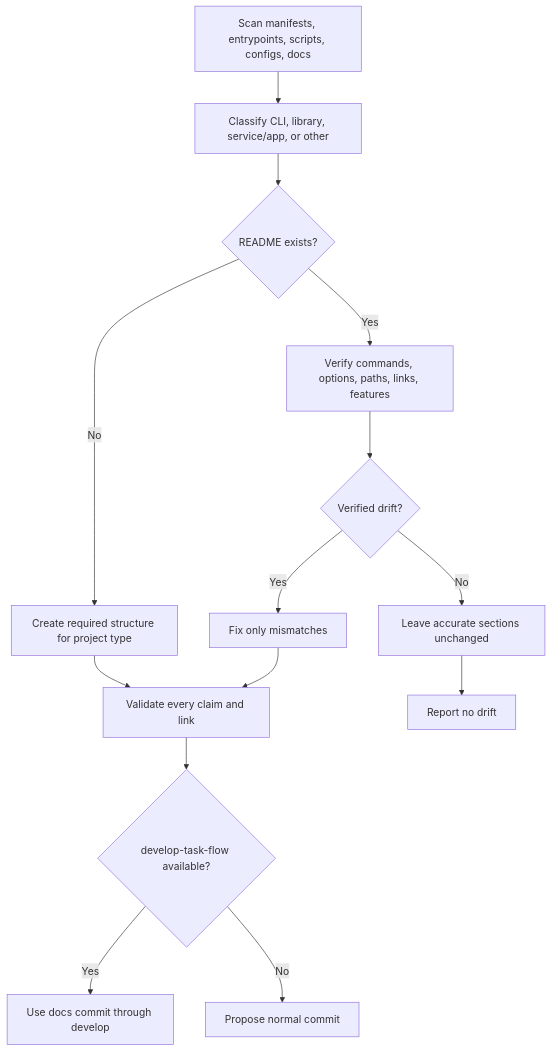
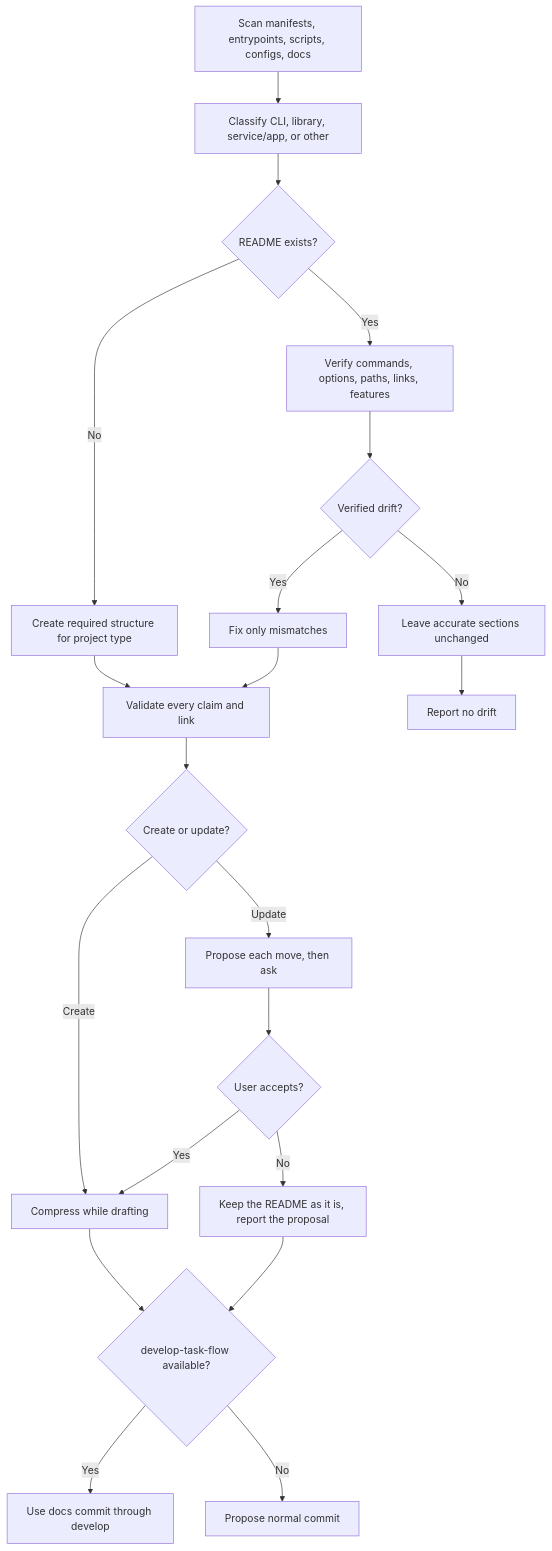
One commit to 0x0w1/jig changed the diagram in docs/en/skills/readme.md. Above: the diagram before and after it, drawn with Mermaid. The commit also changed other lines of this file and 7 other files, not shown here.

````diff
--- a/docs/en/skills/readme.md
+++ b/docs/en/skills/readme.md
@@ -22,16 +22,23 @@
 ```mermaid
 flowchart TD
     Scan[Scan manifests, entrypoints, scripts, configs, docs] --> Type[Classify CLI, library, service/app, or other]
     Type --> Exists{README exists?}
     Exists -- No --> Create[Create required structure for project type]
     Exists -- Yes --> Audit[Verify commands, options, paths, links, features]
     Audit --> Drift{Verified drift?}
     Drift -- Yes --> Fix[Fix only mismatches]
     Drift -- No --> Preserve[Leave accurate sections unchanged]
     Create --> Validate[Validate every claim and link]
     Fix --> Validate
     Preserve --> Report[Report no drift]
-    Validate --> Flow{develop-task-flow available?}
+    Validate --> Compress{Create or update?}
+    Compress -- Create --> Applied[Compress while drafting]
+    Compress -- Update --> Proposal[Propose each move, then ask]
+    Proposal --> Answer{User accepts?}
+    Answer -- Yes --> Applied
+    Answer -- No --> Kept[Keep the README as it is, report the proposal]
+    Applied --> Flow{develop-task-flow available?}
+    Kept --> Flow
     Flow -- Yes --> Merge[Use docs commit through develop]
     Flow -- No --> Propose[Propose normal commit]
 ```
````
